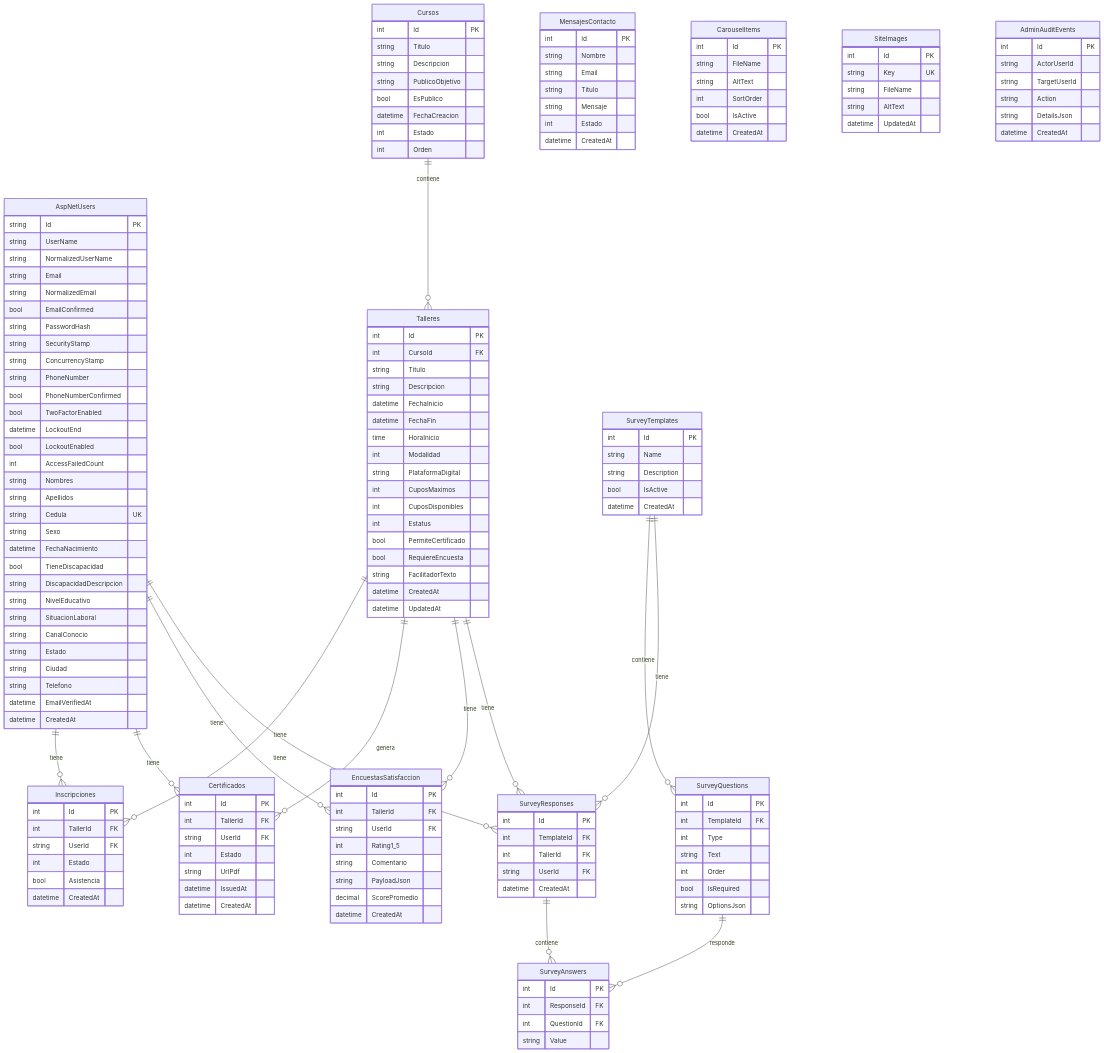
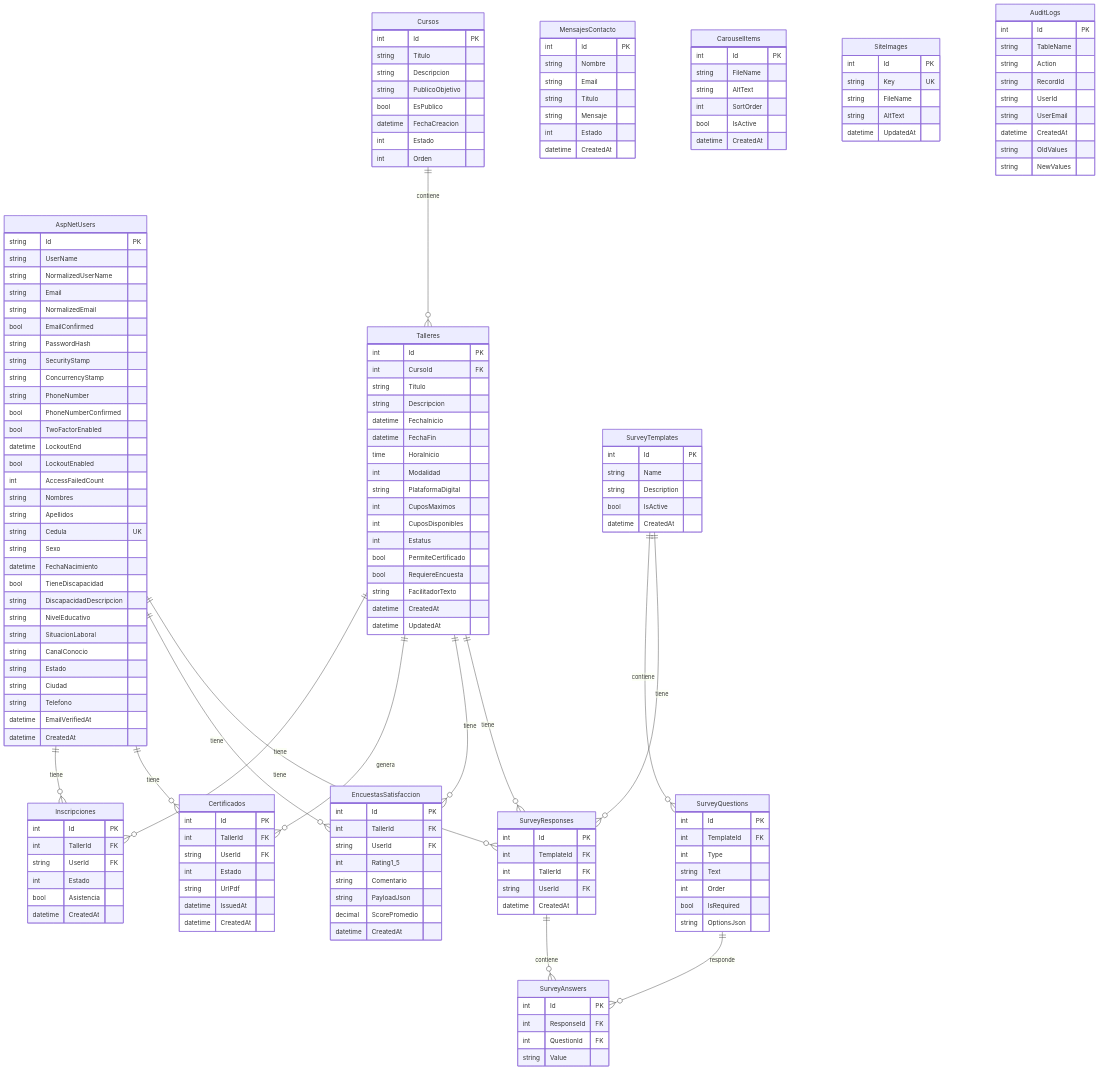
One commit to Luisguslg/Sumando-Valor changed the diagram in diseño/03-Diagrama-Entidad-Relacion.md. Above: the diagram before and after it, drawn with Mermaid. The commit also changed other lines of this file and 29 other files, not shown here.

```diff
--- a/diseño/03-Diagrama-Entidad-Relacion.md
+++ b/diseño/03-Diagrama-Entidad-Relacion.md
@@ -146,13 +146,16 @@
         datetime UpdatedAt
     }
 
-    AdminAuditEvents {
+    AuditLogs {
         int Id PK
-        string ActorUserId
-        string TargetUserId
+        string TableName
         string Action
-        string DetailsJson
+        string RecordId
+        string UserId
+        string UserEmail
         datetime CreatedAt
+        string OldValues
+        string NewValues
     }
 
     SurveyTemplates {
```
